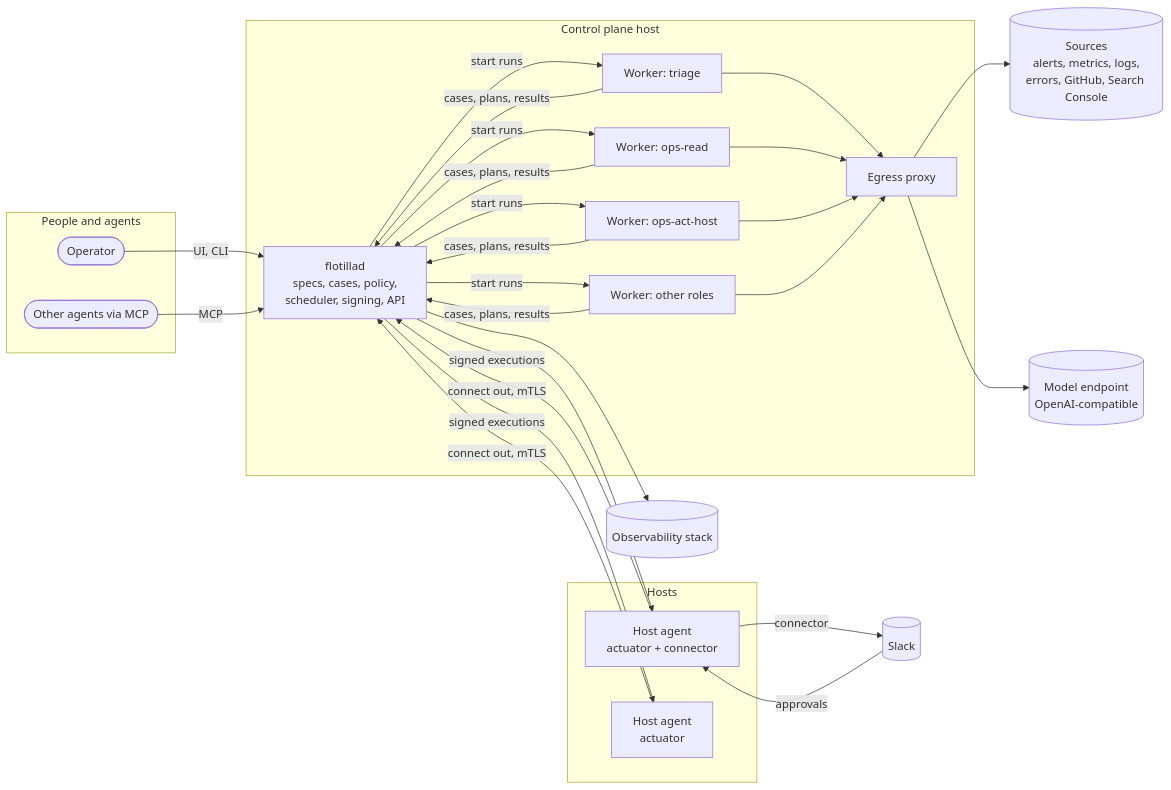
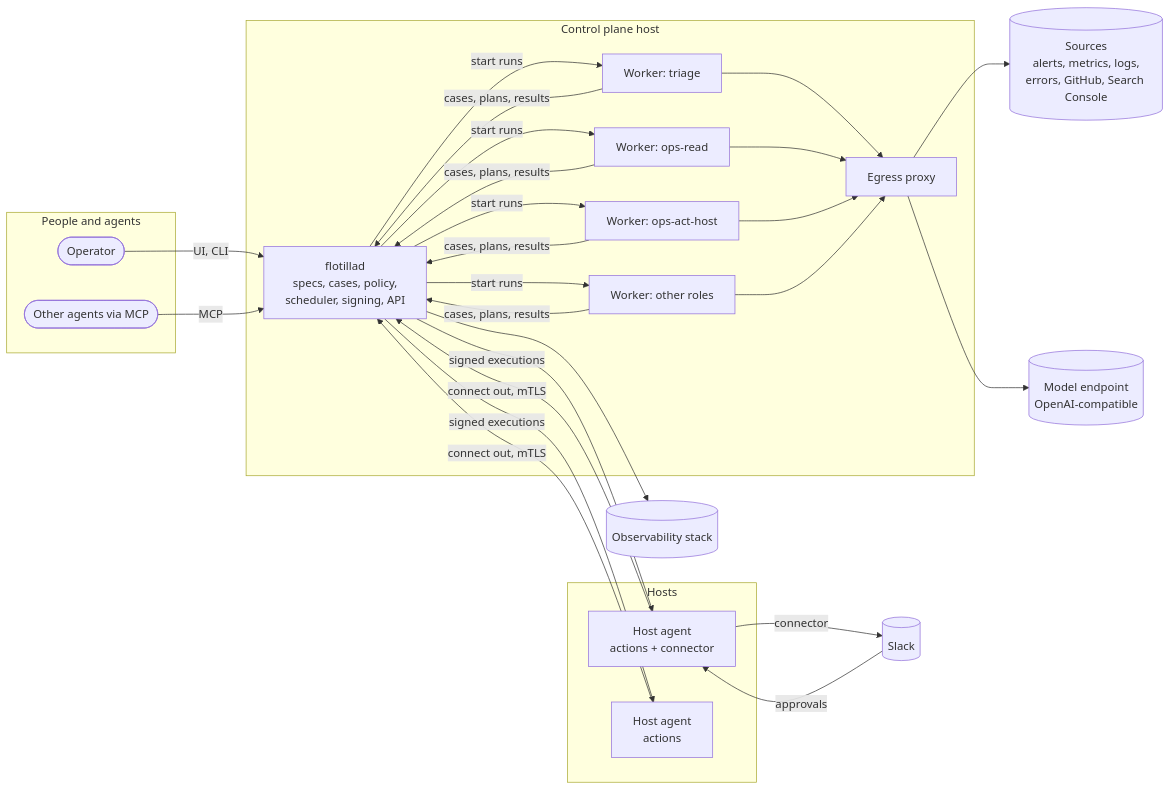
One commit to chipi/flotilla changed the diagram in docs/architecture/index.md. Above: the diagram before and after it, drawn with Mermaid. The commit also changed other lines of this file and 9 other files, not shown here.

First line of the commit message:
docs: host agent names, workers think, host agents act (ADR-0009)

````diff
--- a/docs/architecture/index.md
+++ b/docs/architecture/index.md
@@ -26,34 +26,34 @@
 ```mermaid
 flowchart LR
     subgraph People["People and agents"]
         Op([Operator])
         Ag([Other agents via MCP])
     end
     subgraph CP["Control plane host"]
         F[flotillad<br/>specs, cases, policy,<br/>scheduler, signing, API]
         W1[Worker: triage]
         W2[Worker: ops-read]
         W3[Worker: ops-act-host]
         W4[Worker: other roles]
         E[Egress proxy]
     end
     subgraph Hosts["Hosts"]
-        N1[Host agent<br/>actuator + connector]
-        N2[Host agent<br/>actuator]
+        N1[Host agent<br/>actions + connector]
+        N2[Host agent<br/>actions]
     end
     Src[(Sources<br/>alerts, metrics, logs,<br/>errors, GitHub, Search Console)]
     LLM[(Model endpoint<br/>OpenAI-compatible)]
     Slack[(Slack)]
     Obs[(Observability stack)]
     Op -- UI, CLI --> F
     Ag -- MCP --> F
     F -- start runs --> W1 & W2 & W3 & W4
     W1 & W2 & W3 & W4 -- cases, plans, results --> F
     W1 & W2 & W3 & W4 --> E
     E --> Src & LLM
     N1 & N2 -- connect out, mTLS --> F
     F -- signed executions --> N1 & N2
     N1 -- connector --> Slack
     Slack -- approvals --> N1
     F --> Obs
 ```
````
